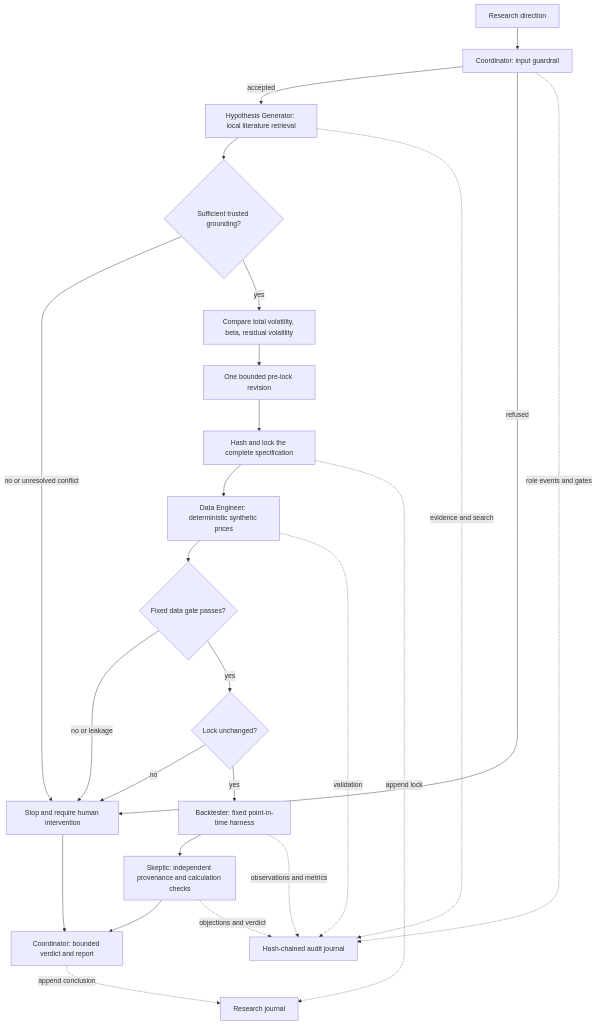
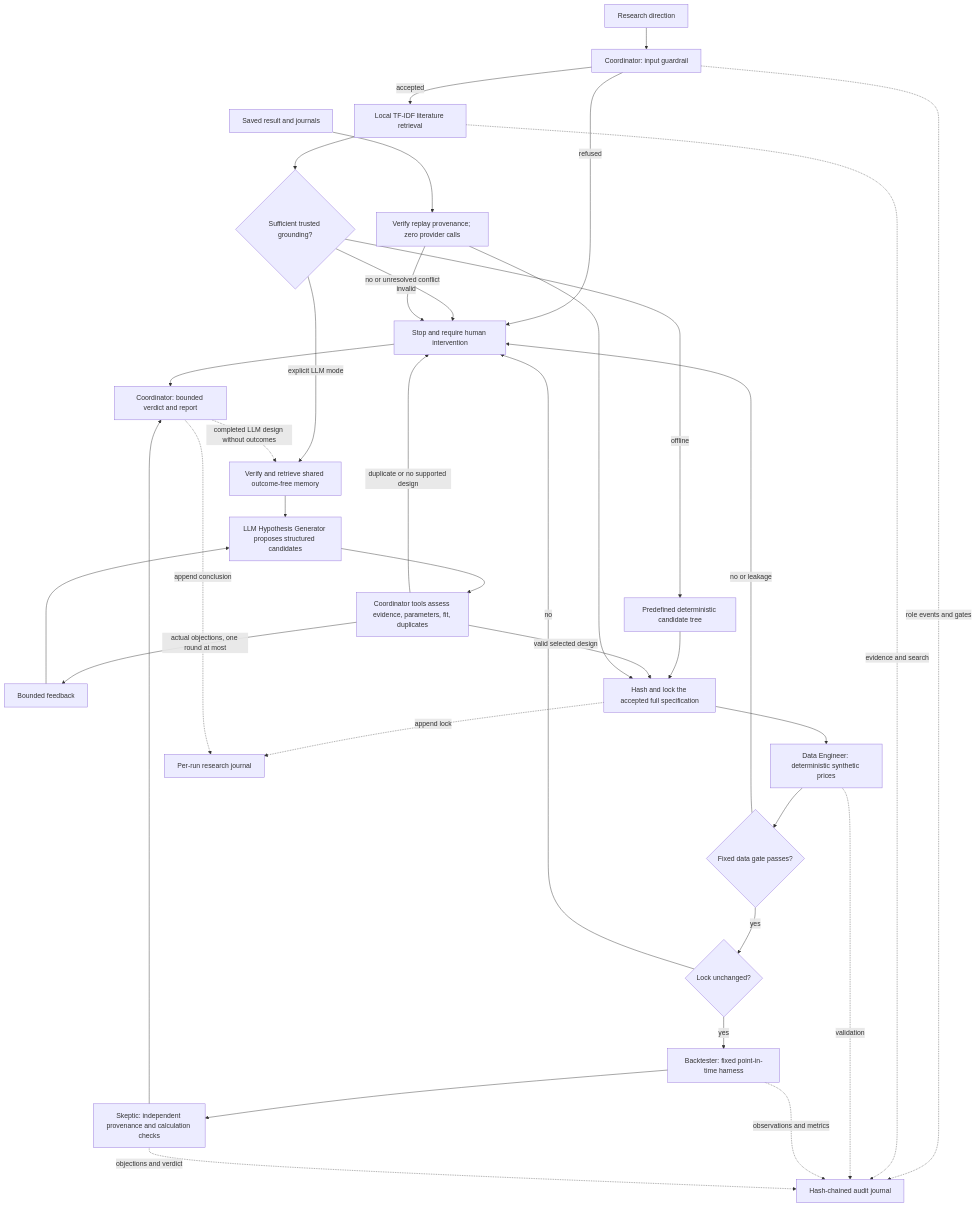
Before and after one commit to markdawes08/investment-signal-research-agent: the diagram in docs/architecture.md, drawn with Mermaid. The commit also changed other lines of this file and 138 other files, not shown here.

````diff
--- a/docs/architecture.md
+++ b/docs/architecture.md
@@ -11,27 +13,37 @@
 ```mermaid
 flowchart TD
     U[Research direction] --> C[Coordinator: input guardrail]
-    C -->|accepted| R[Hypothesis Generator: local literature retrieval]
+    C -->|accepted| R[Local TF-IDF literature retrieval]
     C -->|refused| X[Stop and require human intervention]
     R --> G{Sufficient trusted grounding?}
     G -->|no or unresolved conflict| X
-    G -->|yes| H[Compare total volatility, beta, residual volatility]
-    H --> V[One bounded pre-lock revision]
-    V --> L[Hash and lock the complete specification]
+    G -->|offline| H[Predefined deterministic candidate tree]
+    G -->|explicit LLM mode| M[Verify and retrieve shared outcome-free memory]
+    M --> P[LLM Hypothesis Generator proposes structured candidates]
+    P --> V[Coordinator tools assess evidence, parameters, fit, duplicates]
+    V -->|actual objections, one round at most| F[Bounded feedback]
+    F --> P
+    V -->|duplicate or no supported design| X
+    H --> L[Hash and lock the accepted full specification]
+    V -->|valid selected design| L
+    Y[Saved result and journals] --> Z[Verify replay provenance; zero provider calls]
+    Z --> L
+    Z -->|invalid| X
     L --> D[Data Engineer: deterministic synthetic prices]
     D --> Q{Fixed data gate passes?}
     Q -->|no or leakage| X
     Q -->|yes| I{Lock unchanged?}
     I -->|no| X
     I -->|yes| B[Backtester: fixed point-in-time harness]
     B --> S[Skeptic: independent provenance and calculation checks]
     S --> J[Coordinator: bounded verdict and report]
     X --> J
-    L -. append lock .-> M[Research journal]
-    J -. append conclusion .-> M
+    L -. append lock .-> N[Per-run research journal]
+    J -. append conclusion .-> N
+    J -. completed LLM design without outcomes .-> M
     C -. role events and gates .-> A[Hash-chained audit journal]
     R -. evidence and search .-> A
     D -. validation .-> A
     B -. observations and metrics .-> A
     S -. objections and verdict .-> A
 ```
````
